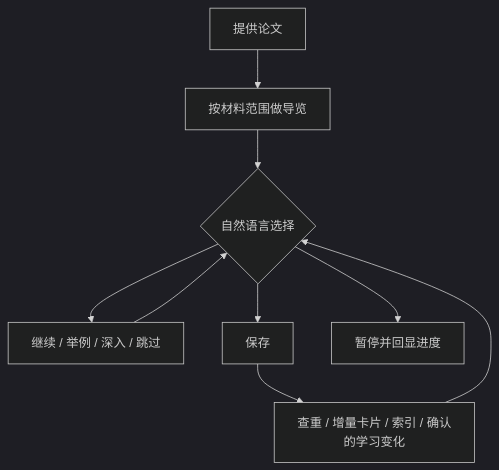
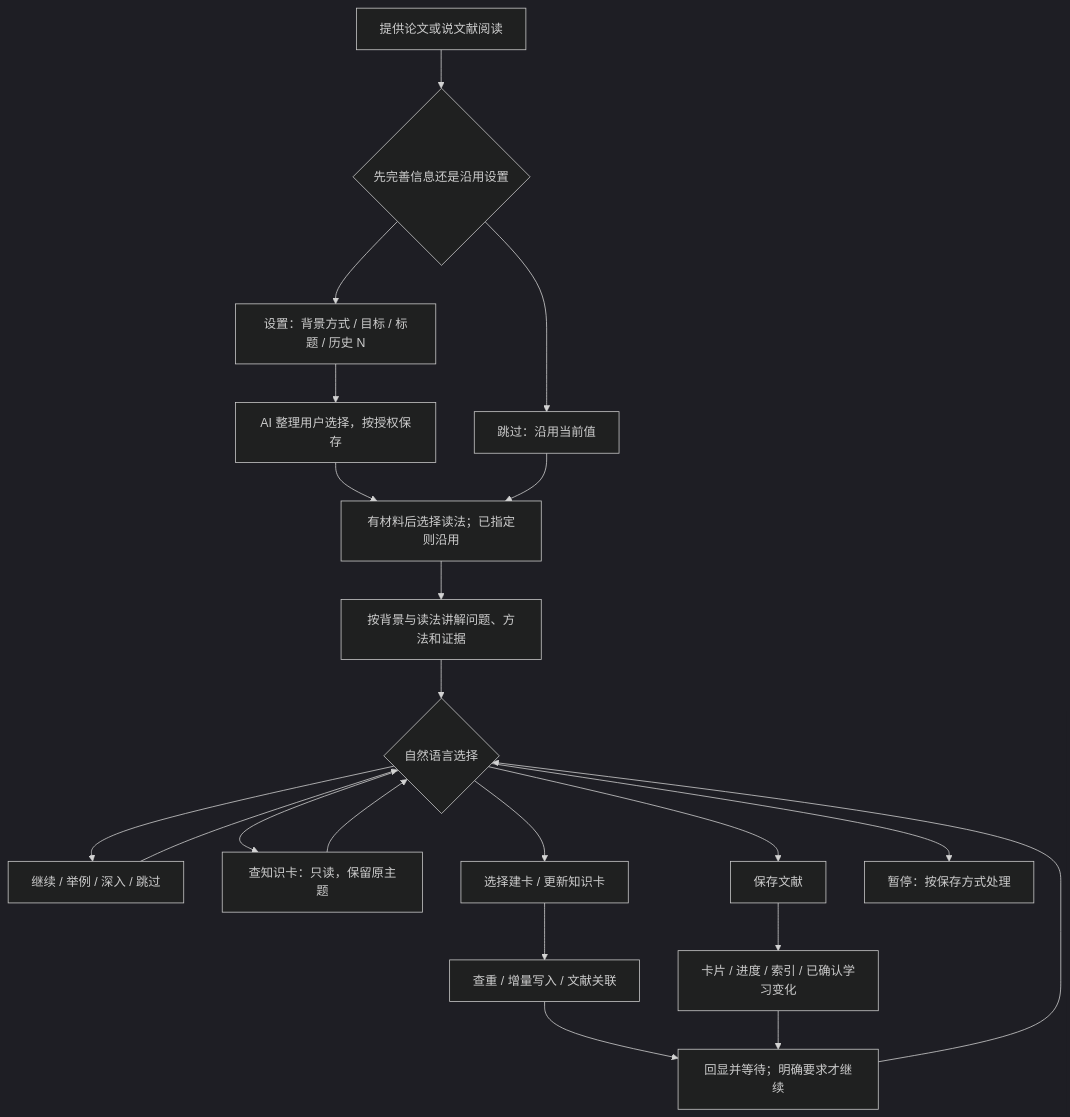
One commit to 2842895276/dsh-skill-literature-reading changed the diagram in docs/design.md. Above: the diagram before and after it, drawn with Mermaid (dark theme). The commit also changed other lines of this file and 30 other files, not shown here.

````diff
--- a/docs/design.md
+++ b/docs/design.md
@@ -3,11 +3,23 @@
 ```mermaid
 flowchart TD
-  A[提供论文] --> B[按材料范围做导览]
-  B --> C{自然语言选择}
+  A[提供论文或说文献阅读] --> P{先完善信息还是沿用设置}
+  P --> Q[设置：背景方式 / 目标 / 标题 / 历史 N]
+  P --> S[跳过：沿用当前值]
+  Q --> R[AI 整理用户选择，按授权保存]
+  R --> B[有材料后选择读法；已指定则沿用]
+  S --> B
+  B --> T[按背景与读法讲解问题、方法和证据]
+  T --> C{自然语言选择}
   C --> D[继续 / 举例 / 深入 / 跳过]
   D --> C
-  C --> E[保存]
-  E --> F[查重 / 增量卡片 / 索引 / 确认的学习变化]
-  F --> C
-  C --> G[暂停并回显进度]
+  C --> K[查知识卡：只读，保留原主题]
+  K --> C
+  C --> N[选择建卡 / 更新知识卡]
+  N --> L[查重 / 增量写入 / 文献关联]
+  L --> W[回显并等待；明确要求才继续]
+  C --> E[保存文献]
+  E --> F[卡片 / 进度 / 索引 / 已确认学习变化]
+  F --> W
+  W --> C
+  C --> G[暂停：按保存方式处理]
 ```
````
